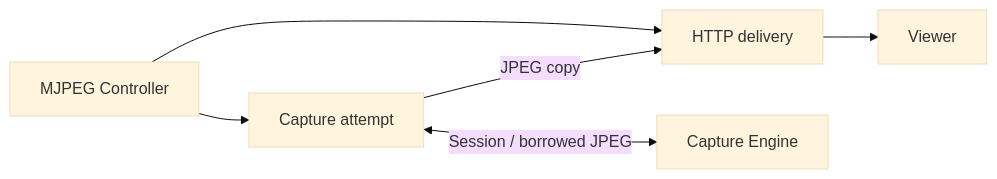
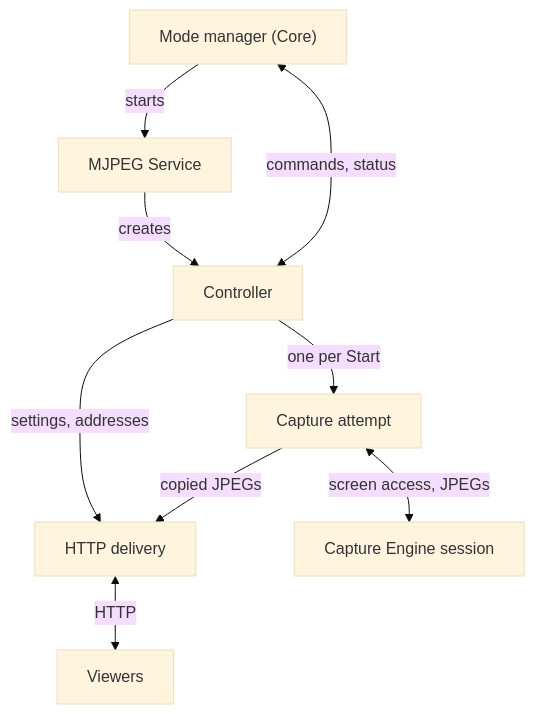
Before and after one commit to dkrivoruchko/ScreenStream: the first of 2 diagrams in mjpeg/docs/architecture.md, drawn with Mermaid (base theme). The commit also changed other lines of this file and 45 other files, not shown here.

````diff
--- a/mjpeg/docs/architecture.md
+++ b/mjpeg/docs/architecture.md
@@ -21,8 +50,11 @@
 ```mermaid
-flowchart LR
-    Controller[MJPEG Controller] --> Attempt[Capture attempt]
-    Controller --> HTTP[HTTP delivery]
-    Attempt <-->|Session / borrowed JPEG| Engine[Capture Engine]
-    Attempt -->|JPEG copy| HTTP
-    HTTP --> Viewer[Viewer]
+flowchart TB
+    Manager["Mode manager (Core)"] -->|starts| Service["MJPEG Service"]
+    Service -->|creates| Controller
+    Manager <-->|commands, status| Controller
+    Controller -->|one per Start| Attempt["Capture attempt"]
+    Controller -->|settings, addresses| HTTP["HTTP delivery"]
+    Attempt <-->|screen access, JPEGs| Engine["Capture Engine session"]
+    Attempt -->|copied JPEGs| HTTP
+    HTTP <-->|HTTP| Viewers
 ```
````
